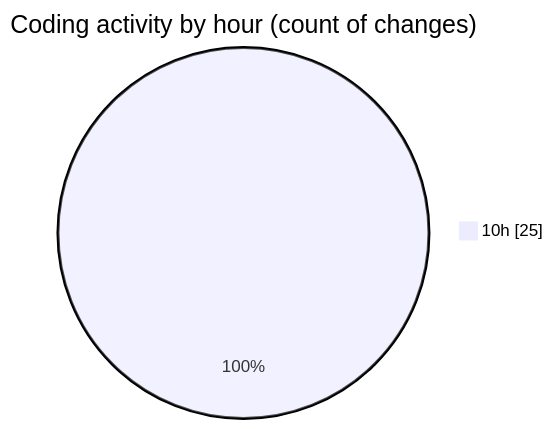
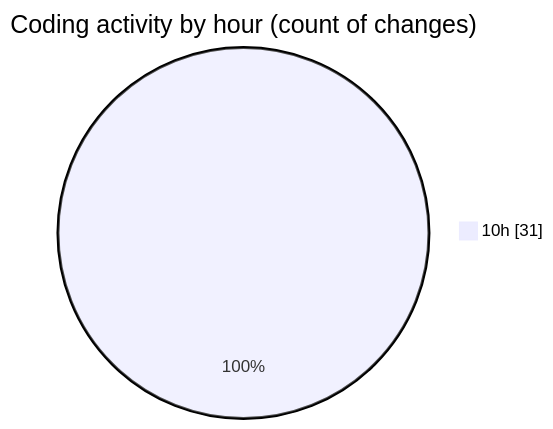
One commit to LanceThiago/code-tracking changed the second of 2 diagrams in 2025-01-13/nueva_carpeta/README.md. Above: the diagram before and after it, drawn with Mermaid. The commit also changed other lines of this file and 1 other file, not shown here.

````diff
--- a/2025-01-13/nueva_carpeta/README.md
+++ b/2025-01-13/nueva_carpeta/README.md
@@ -28,5 +28,5 @@
 ```mermaid
 pie showData
 title Coding activity by hour (count of changes)
-"10h" : 25
+"10h" : 31
 ```
````
